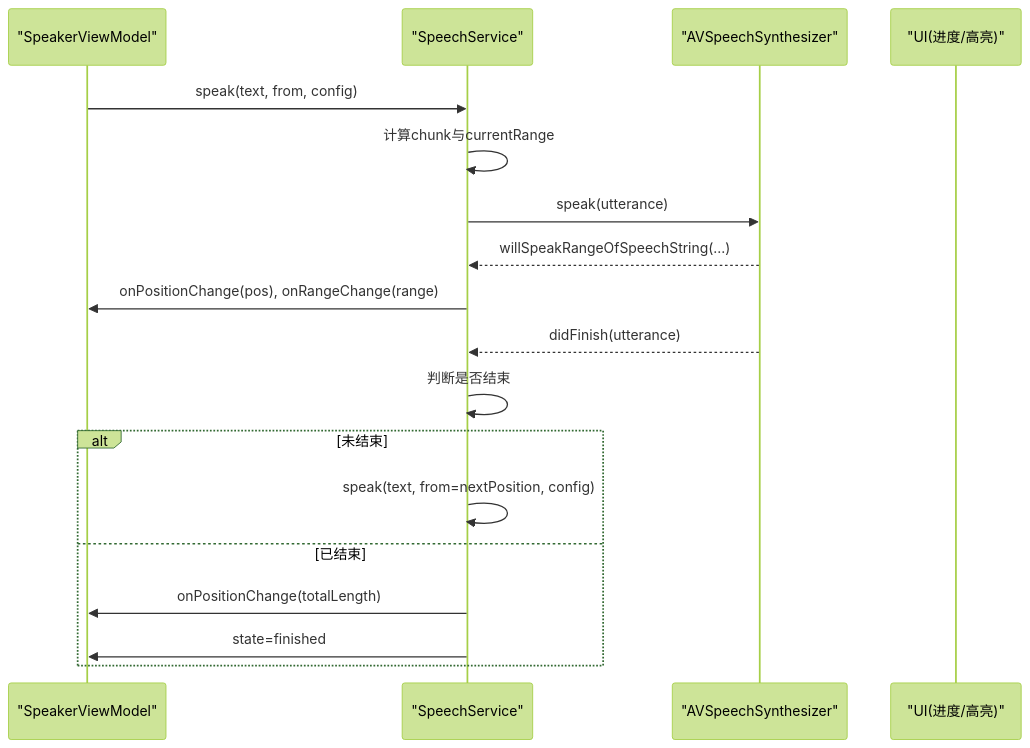
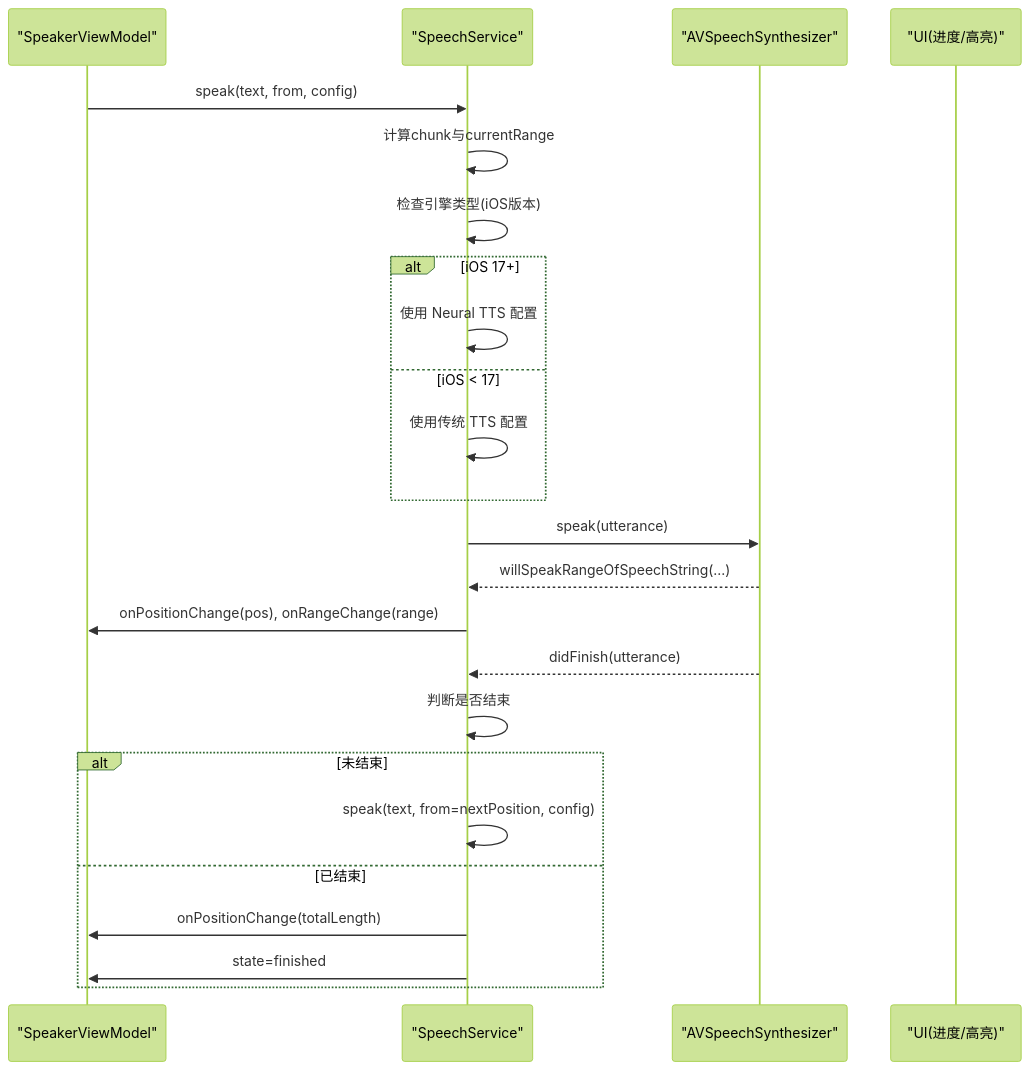
Before and after one commit to Primoguo/Knowledge: the fourth of 9 diagrams in .qoder/repowiki/zh/content/核心功能模块/语音合成系统/系统 TTS 服务.md, drawn with Mermaid (forest theme). The commit also changed other lines of this file and 32 other files, not shown here.

````diff
--- a/.qoder/repowiki/zh/content/核心功能模块/语音合成系统/系统 TTS 服务.md
+++ b/.qoder/repowiki/zh/content/核心功能模块/语音合成系统/系统 TTS 服务.md
@@ -201,20 +292,26 @@
 ```mermaid
 sequenceDiagram
 participant VM as "SpeakerViewModel"
 participant SS as "SpeechService"
 participant AV as "AVSpeechSynthesizer"
 participant UI as "UI(进度/高亮)"
 VM->>SS : speak(text, from, config)
 SS->>SS : 计算chunk与currentRange
+SS->>SS : 检查引擎类型(iOS版本)
+alt iOS 17+
+SS->>SS : 使用 Neural TTS 配置
+else iOS < 17
+SS->>SS : 使用传统 TTS 配置
+end
 SS->>AV : speak(utterance)
 AV-->>SS : willSpeakRangeOfSpeechString(...)
 SS->>VM : onPositionChange(pos), onRangeChange(range)
 AV-->>SS : didFinish(utterance)
 SS->>SS : 判断是否结束
 alt 未结束
 SS->>SS : speak(text, from=nextPosition, config)
 else 已结束
 SS->>VM : onPositionChange(totalLength)
 SS->>VM : state=finished
 end
 ```
````
